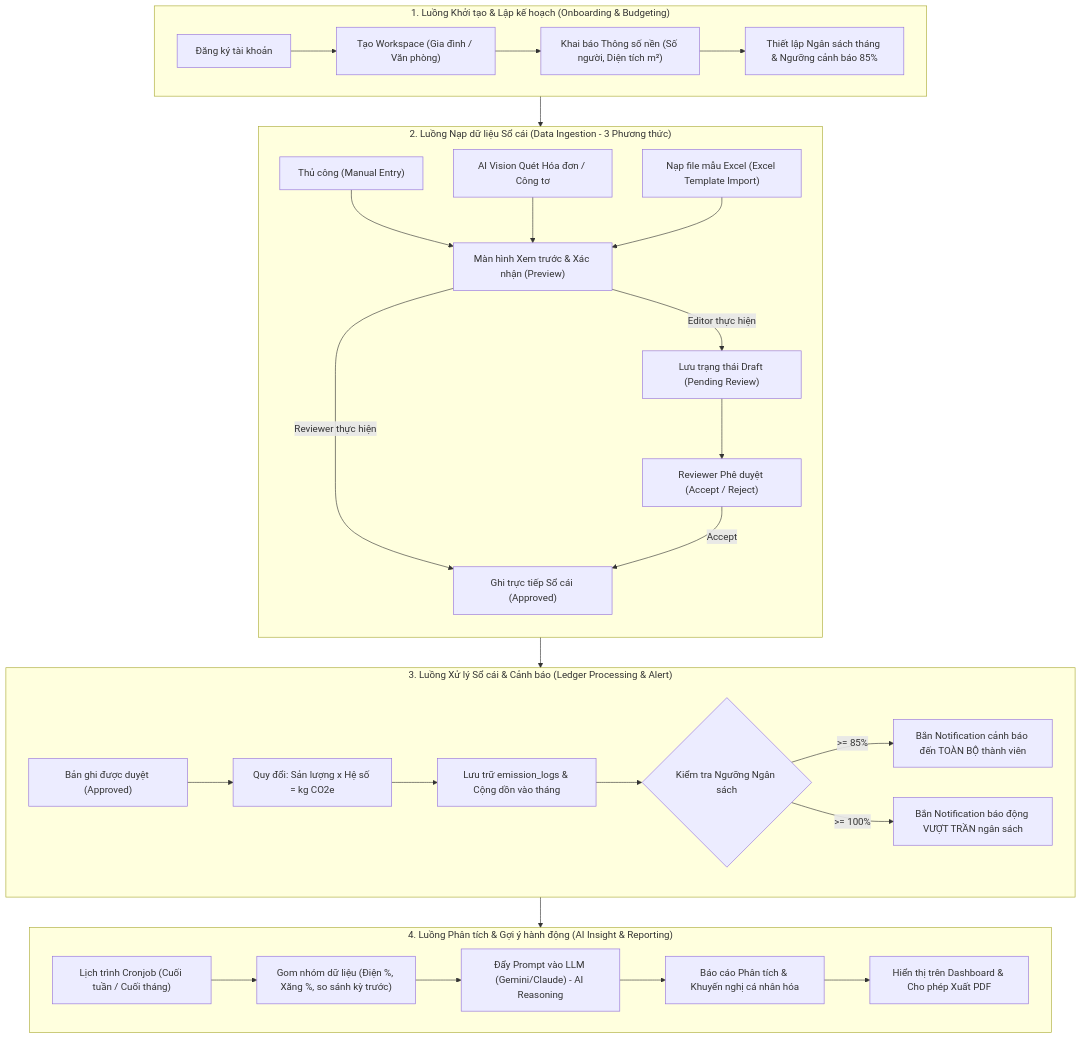
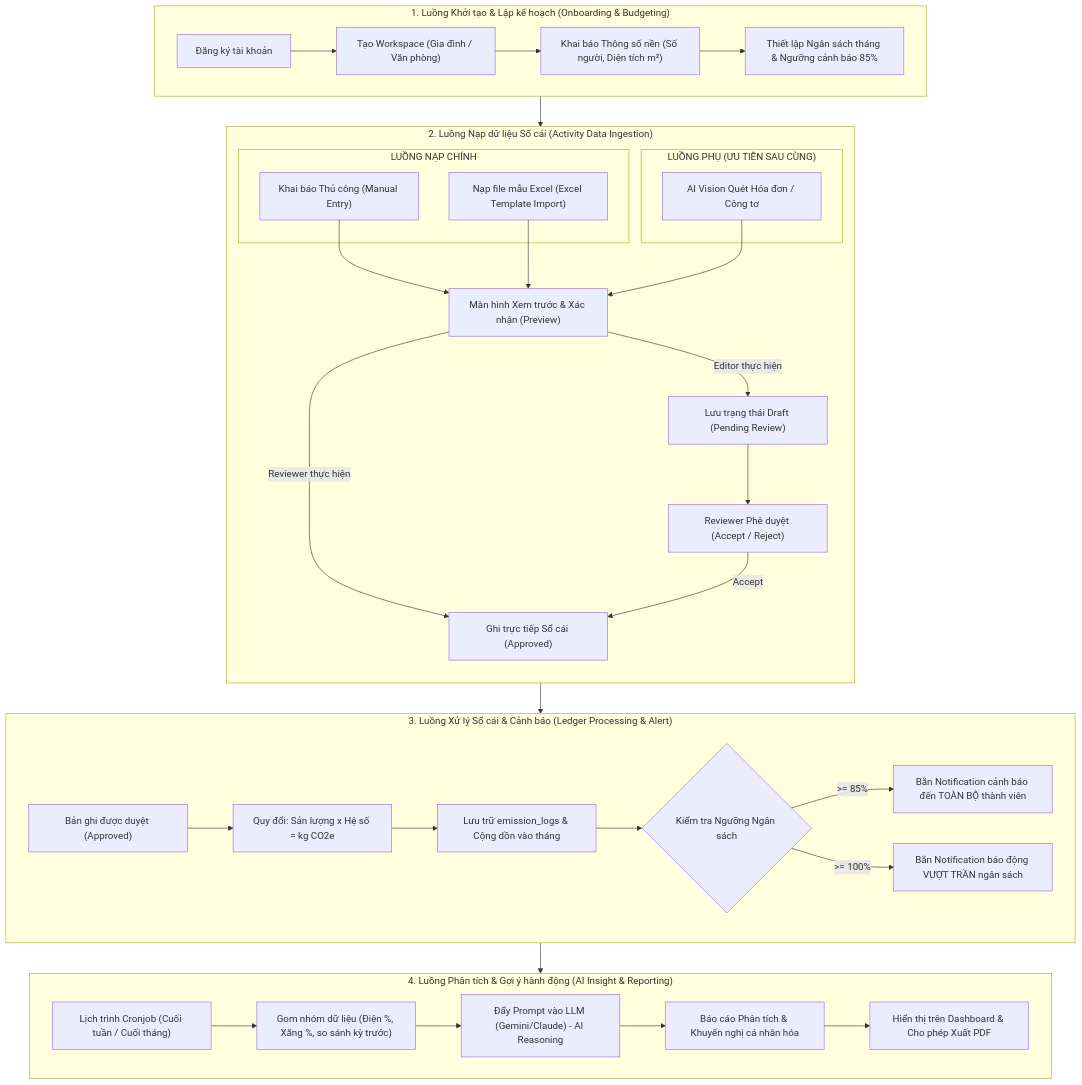
The first of 2 diagrams in spec.md (DatTienNguyenn/PMDC-BATCH4-DATNT250), drawn with Mermaid before and after one commit. The commit also changed other lines of this file and 4 other files, not shown here.

````diff
--- a/spec.md
+++ b/spec.md
@@ -51,37 +57,41 @@
 ```mermaid
 flowchart TD
     subgraph Flow1["1. Luồng Khởi tạo & Lập kế hoạch (Onboarding & Budgeting)"]
         A1["Đăng ký tài khoản"] --> A2["Tạo Workspace (Gia đình / Văn phòng)"]
         A2 --> A3["Khai báo Thông số nền (Số người, Diện tích m²)"]
         A3 --> A4["Thiết lập Ngân sách tháng & Ngưỡng cảnh báo 85%"]
     end
 
-    subgraph Flow2["2. Luồng Nạp dữ liệu Sổ cái (Data Ingestion - 3 Phương thức)"]
+    subgraph Flow2["2. Luồng Nạp dữ liệu Sổ cái (Activity Data Ingestion)"]
         direction TB
-        B1["Thủ công (Manual Entry)"]
-        B2["AI Vision Quét Hóa đơn / Công tơ"]
-        B3["Nạp file mẫu Excel (Excel Template Import)"]
-        B1 & B2 & B3 --> B4["Màn hình Xem trước & Xác nhận (Preview)"]
+        subgraph MainIngestion["LUỒNG NẠP CHÍNH"]
+            B1["Khai báo Thủ công (Manual Entry)"]
+            B3["Nạp file mẫu Excel (Excel Template Import)"]
+        end
+        subgraph SecondaryIngestion["LUỒNG PHỤ (ƯU TIÊN SAU CÙNG)"]
+            B2["AI Vision Quét Hóa đơn / Công tơ"]
+        end
+        B1 & B3 & B2 --> B4["Màn hình Xem trước & Xác nhận (Preview)"]
         B4 -->|Editor thực hiện| B5["Lưu trạng thái Draft (Pending Review)"]
         B4 -->|Reviewer thực hiện| B6["Ghi trực tiếp Sổ cái (Approved)"]
         B5 --> B7["Reviewer Phê duyệt (Accept / Reject)"]
         B7 -->|Accept| B6
     end
 
     subgraph Flow3["3. Luồng Xử lý Sổ cái & Cảnh báo (Ledger Processing & Alert)"]
         C1["Bản ghi được duyệt (Approved)"] --> C2["Quy đổi: Sản lượng x Hệ số = kg CO2e"]
         C2 --> C3["Lưu trữ emission_logs & Cộng dồn vào tháng"]
         C3 --> C4{"Kiểm tra Ngưỡng Ngân sách"}
         C4 -->|>= 85%| C5["Bắn Notification cảnh báo đến TOÀN BỘ thành viên"]
         C4 -->|>= 100%| C6["Bắn Notification báo động VƯỢT TRẦN ngân sách"]
     end
 
     subgraph Flow4["4. Luồng Phân tích & Gợi ý hành động (AI Insight & Reporting)"]
         D1["Lịch trình Cronjob (Cuối tuần / Cuối tháng)"] --> D2["Gom nhóm dữ liệu (Điện %, Xăng %, so sánh kỳ trước)"]
         D2 --> D3["Đẩy Prompt vào LLM (Gemini/Claude) - AI Reasoning"]
         D3 --> D4["Báo cáo Phân tích & Khuyến nghị cá nhân hóa"]
         D4 --> D5["Hiển thị trên Dashboard & Cho phép Xuất PDF"]
     end
 
     Flow1 --> Flow2 --> Flow3 --> Flow4
 ```
````
